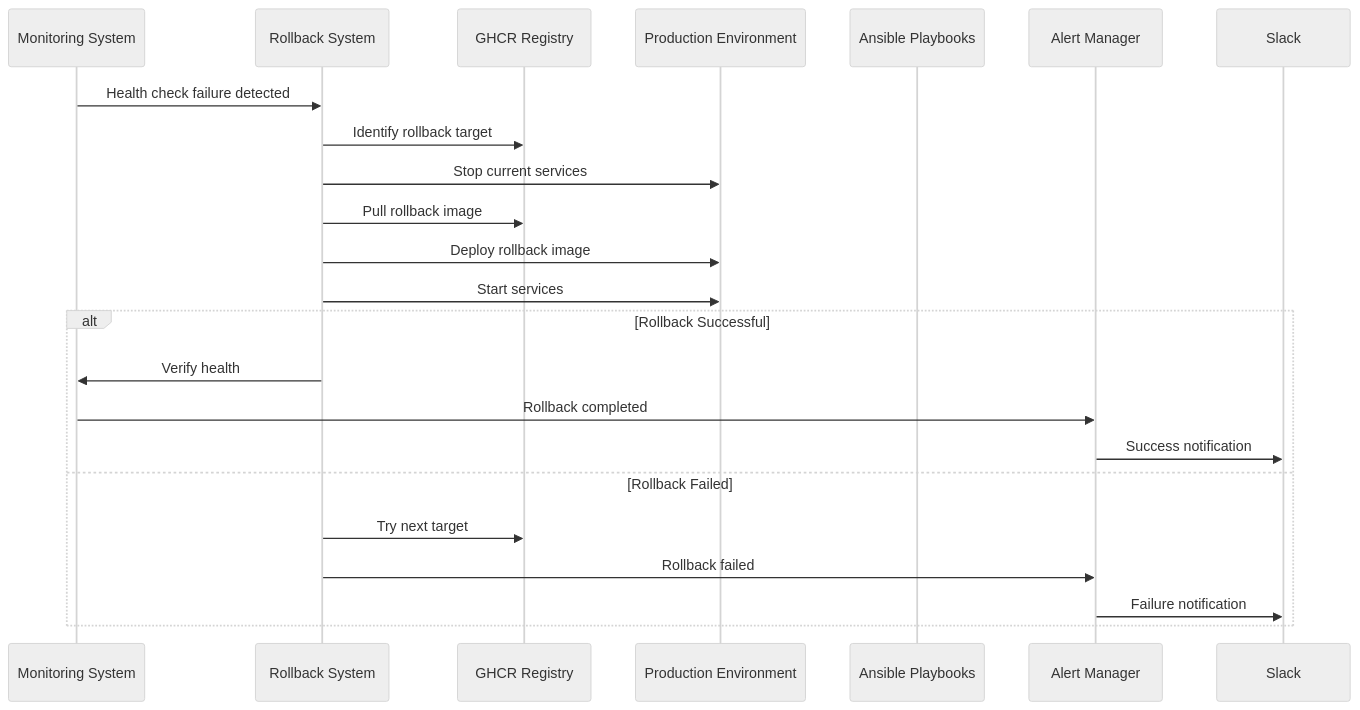
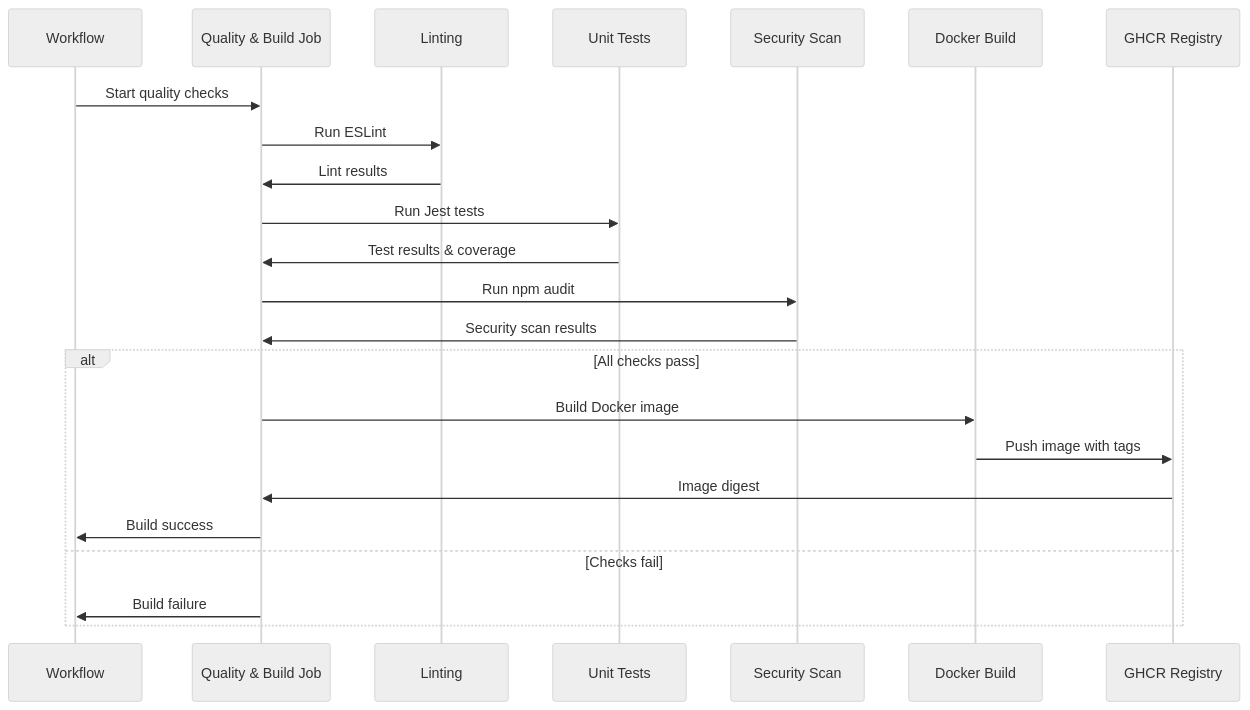
One commit to bxmty/dotca changed the fourth of 11 diagrams in docs/component-interaction-diagram.md. Above: the diagram before and after it, drawn with Mermaid (neutral theme). The commit also changed other lines of this file and 7 other files, not shown here.

````diff
--- a/docs/component-interaction-diagram.md
+++ b/docs/component-interaction-diagram.md
@@ -123,26 +149,27 @@
 ```mermaid
 sequenceDiagram
-    participant Monitor as Monitoring System
-    participant Rollback as Rollback System
+    participant WF as Workflow
+    participant Build as Quality & Build Job
+    participant Lint as Linting
+    participant Test as Unit Tests
+    participant Security as Security Scan
+    participant Docker as Docker Build
     participant GHCR as GHCR Registry
-    participant Prod as Production Environment
-    participant Ansible as Ansible Playbooks
-    participant Alert as Alert Manager
 
-    Monitor->>Rollback: Health check failure detected
-    Rollback->>GHCR: Identify rollback target
-    Rollback->>Prod: Stop current services
-    Rollback->>GHCR: Pull rollback image
-    Rollback->>Prod: Deploy rollback image
-    Rollback->>Prod: Start services
+    WF->>Build: Start quality checks
+    Build->>Lint: Run ESLint
+    Lint->>Build: Lint results
+    Build->>Test: Run Jest tests
+    Test->>Build: Test results & coverage
+    Build->>Security: Run npm audit
+    Security->>Build: Security scan results
 
-    alt Rollback Successful
-        Rollback->>Monitor: Verify health
-        Monitor->>Alert: Rollback completed
-        Alert->>Slack: Success notification
-    else Rollback Failed
-        Rollback->>GHCR: Try next target
-        Rollback->>Alert: Rollback failed
-        Alert->>Slack: Failure notification
+    alt All checks pass
+        Build->>Docker: Build Docker image
+        Docker->>GHCR: Push image with tags
+        GHCR->>Build: Image digest
+        Build->>WF: Build success
+    else Checks fail
+        Build->>WF: Build failure
     end
 ```
````
